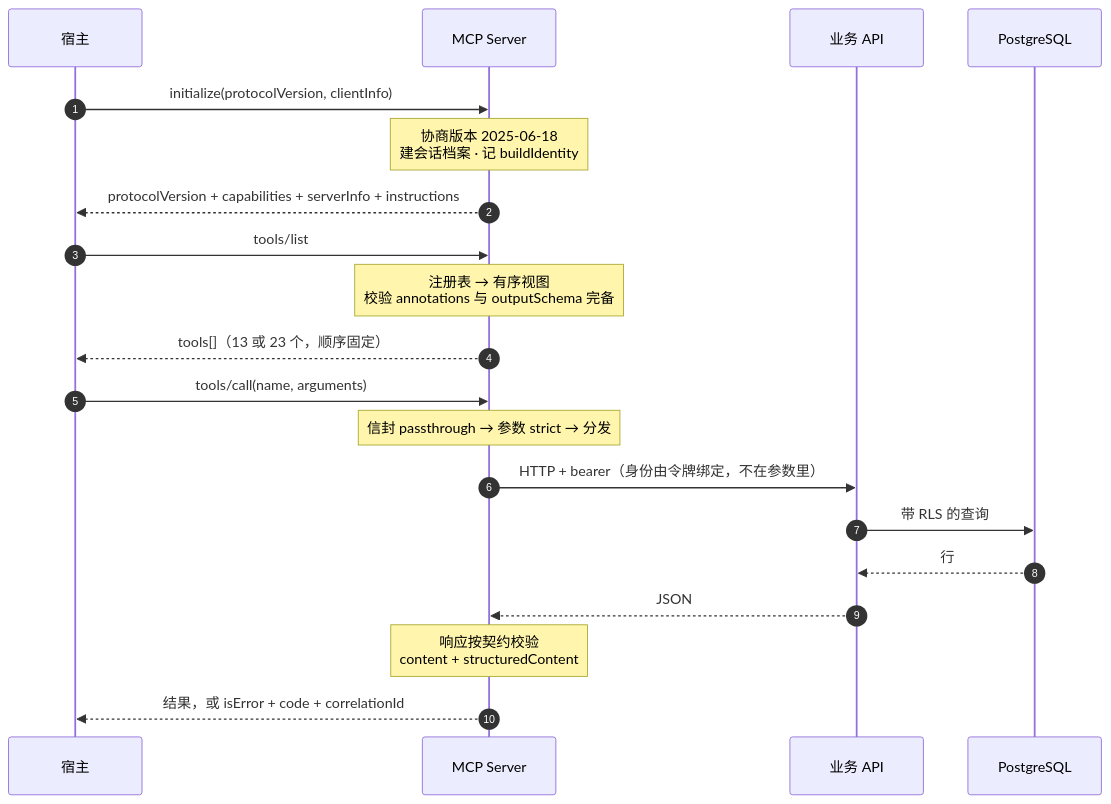
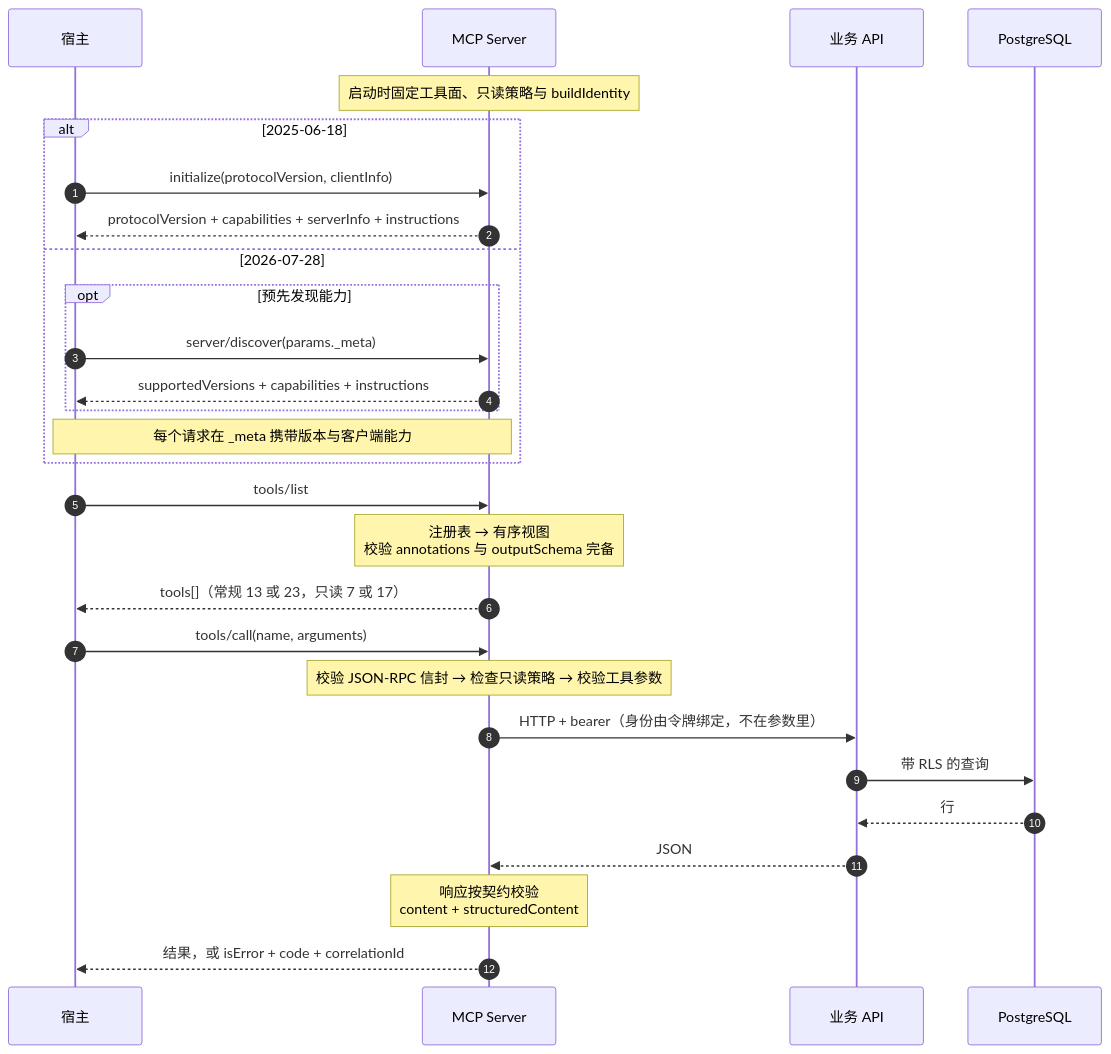
The second of 2 diagrams in services/dingjiang-mcp/PROTOCOL.md (lqyq666/dingjiang-zhiji-2), drawn with Mermaid before and after one commit. The commit also changed other lines of this file and 58 other files, not shown here.

````diff
--- a/services/dingjiang-mcp/PROTOCOL.md
+++ b/services/dingjiang-mcp/PROTOCOL.md
@@ -19,23 +46,31 @@
 ```mermaid
 sequenceDiagram
   autonumber
   participant H as 宿主
   participant S as MCP Server
   participant A as 业务 API
   participant D as PostgreSQL
 
-  H->>S: initialize(protocolVersion, clientInfo)
-  Note over S: 协商版本 2025-06-18<br/>建会话档案 · 记 buildIdentity
-  S-->>H: protocolVersion + capabilities + serverInfo + instructions
+  Note over S: 启动时固定工具面、只读策略与 buildIdentity
+  alt 2025-06-18
+    H->>S: initialize(protocolVersion, clientInfo)
+    S-->>H: protocolVersion + capabilities + serverInfo + instructions
+  else 2026-07-28
+    opt 预先发现能力
+      H->>S: server/discover(params._meta)
+      S-->>H: supportedVersions + capabilities + instructions
+    end
+    Note over H,S: 每个请求在 _meta 携带版本与客户端能力
+  end
   H->>S: tools/list
   Note over S: 注册表 → 有序视图<br/>校验 annotations 与 outputSchema 完备
-  S-->>H: tools[]（13 或 23 个，顺序固定）
+  S-->>H: tools[]（常规 13 或 23，只读 7 或 17）
   H->>S: tools/call(name, arguments)
-  Note over S: 信封 passthrough → 参数 strict → 分发
+  Note over S: 校验 JSON-RPC 信封 → 检查只读策略 → 校验工具参数
   S->>A: HTTP + bearer（身份由令牌绑定，不在参数里）
   A->>D: 带 RLS 的查询
   D-->>A: 行
   A-->>S: JSON
   Note over S: 响应按契约校验<br/>content + structuredContent
   S-->>H: 结果，或 isError + code + correlationId
 ```
````
